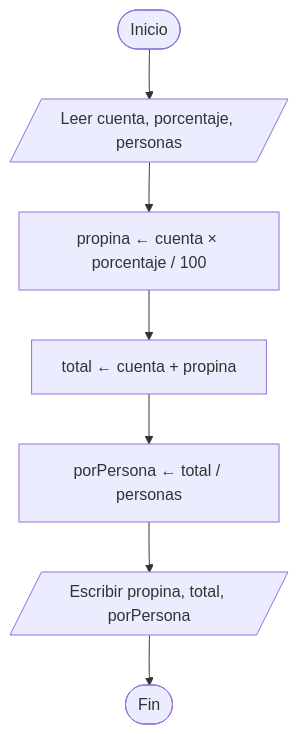
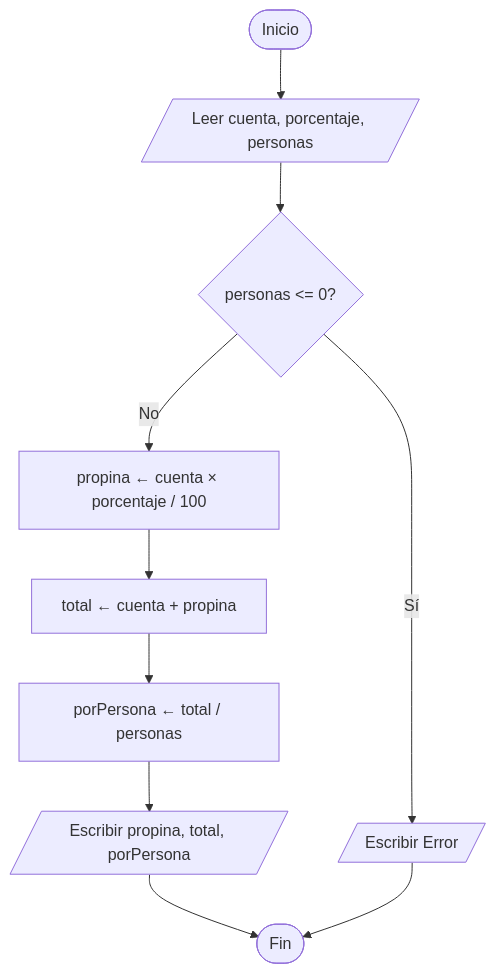
One commit to emma2riwi/repositorio-algoritmia changed the third of 5 diagrams in semana-1/README.md. Above: the diagram before and after it, drawn with Mermaid. The commit also changed other lines of this file and 11 other files, not shown here.

````diff
--- a/semana-1/README.md
+++ b/semana-1/README.md
@@ -54,9 +49,12 @@
 ```mermaid
 flowchart TD
   A([Inicio]) --> B[/Leer cuenta, porcentaje, personas/]
-  B --> C[propina ← cuenta × porcentaje / 100]
-  C --> D[total ← cuenta + propina]
-  D --> E[porPersona ← total / personas]
-  E --> F[/Escribir propina, total, porPersona/]
-  F --> G([Fin])
+  B --> C{"personas <= 0?"}
+  C -- Sí --> X[/Escribir Error/]
+  C -- No --> D[propina ← cuenta × porcentaje / 100]
+  D --> E[total ← cuenta + propina]
+  E --> F[porPersona ← total / personas]
+  F --> G[/Escribir propina, total, porPersona/]
+  G --> H([Fin])
+  X --> H
 ```
````
